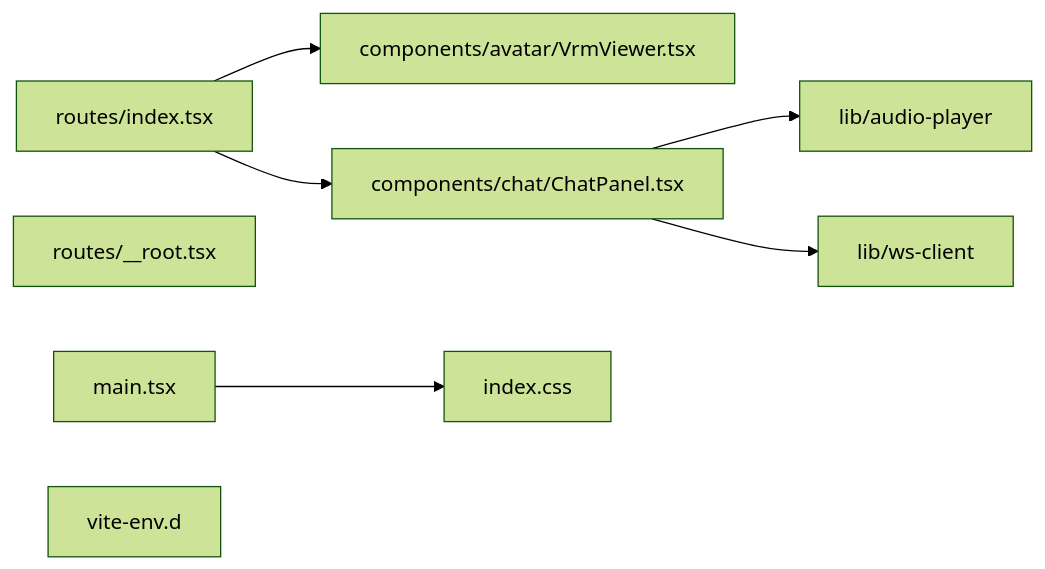
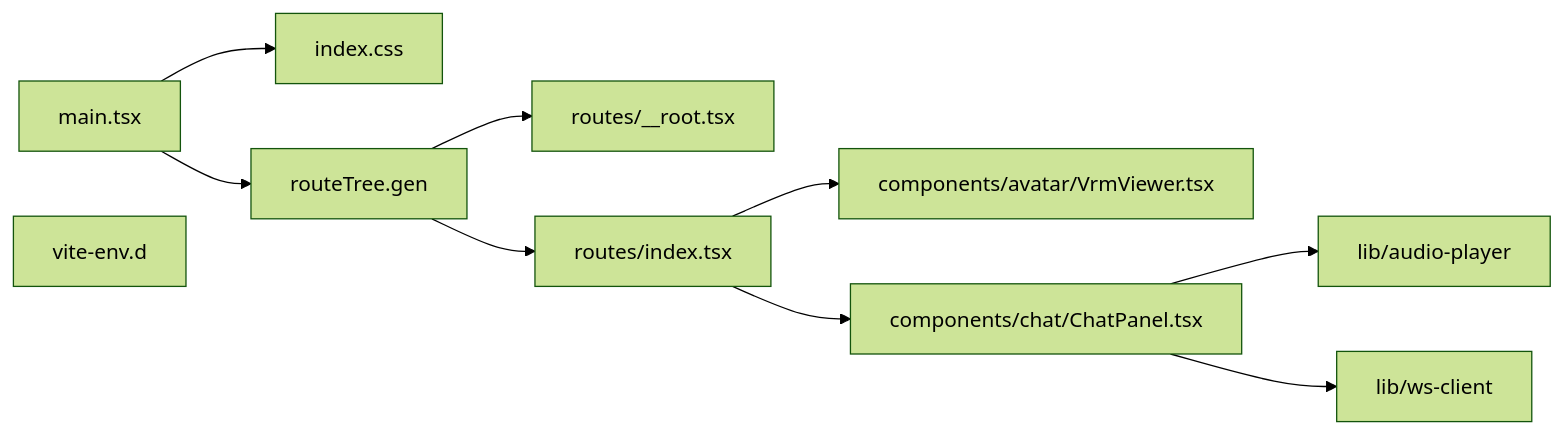
One commit to OJII3/vicissitude changed the diagram in apps/web/DEPS.md. Above: the diagram before and after it, drawn with Mermaid (forest theme). The commit also changed other lines of this file and 21 other files, not shown here.

````diff
--- a/apps/web/DEPS.md
+++ b/apps/web/DEPS.md
@@ -7,14 +7,17 @@
 ```mermaid
 graph LR
   components_avatar_VrmViewer.tsx["components/avatar/VrmViewer.tsx"]
   components_chat_ChatPanel.tsx["components/chat/ChatPanel.tsx"] --> lib_audio_player["lib/audio-player"]
   components_chat_ChatPanel.tsx["components/chat/ChatPanel.tsx"] --> lib_ws_client["lib/ws-client"]
   index.css
   lib_audio_player["lib/audio-player"]
   lib_ws_client["lib/ws-client"]
   main.tsx --> index.css
+  main.tsx --> routeTree.gen
+  routeTree.gen --> routes___root.tsx["routes/__root.tsx"]
+  routeTree.gen --> routes_index.tsx["routes/index.tsx"]
   routes___root.tsx["routes/__root.tsx"]
   routes_index.tsx["routes/index.tsx"] --> components_avatar_VrmViewer.tsx["components/avatar/VrmViewer.tsx"]
   routes_index.tsx["routes/index.tsx"] --> components_chat_ChatPanel.tsx["components/chat/ChatPanel.tsx"]
   vite_env.d["vite-env.d"]
 ```
````
